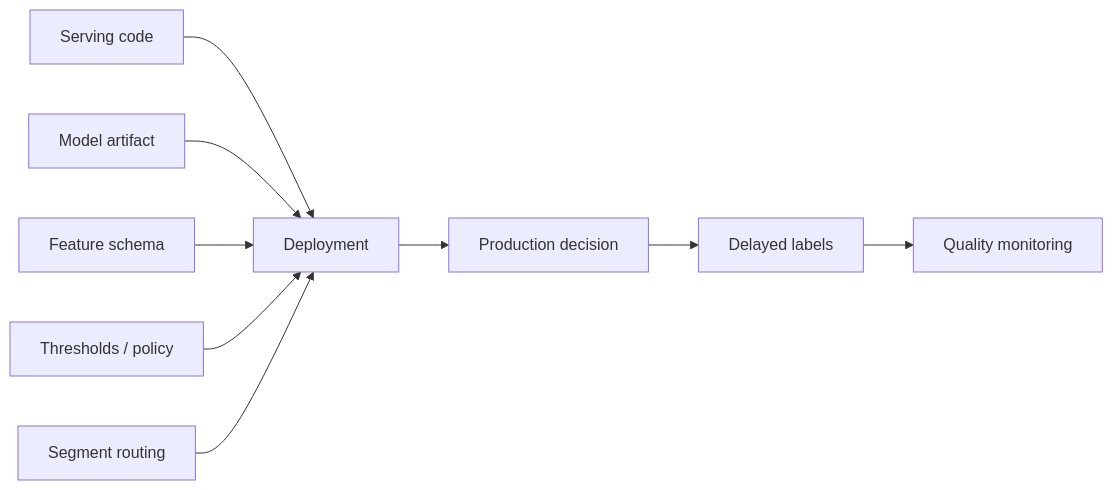
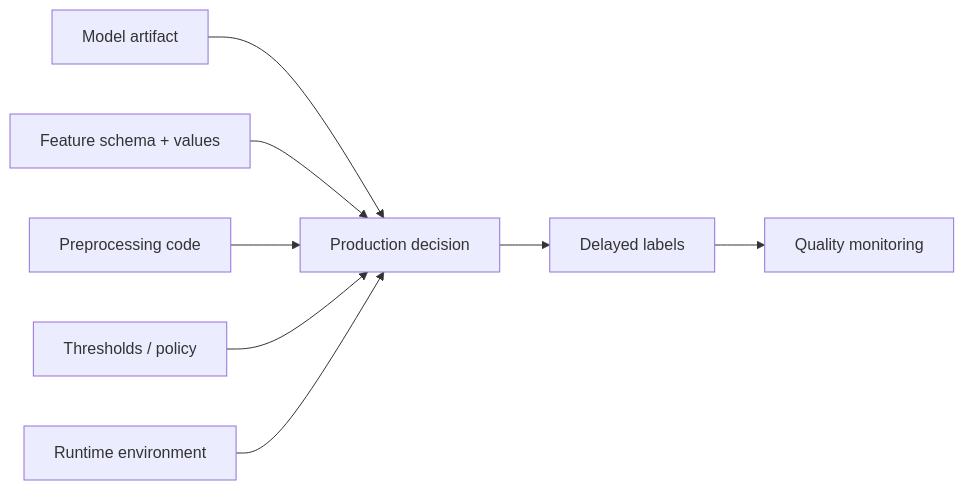
One commit to binarydevelop/system-design-patterns changed the first of 2 diagrams in 16-ml-systems/06-model-deployment-rollouts.md. Above: the diagram before and after it, drawn with Mermaid. The commit also changed other lines of this file and 5 other files, not shown here.

````diff
--- a/16-ml-systems/06-model-deployment-rollouts.md
+++ b/16-ml-systems/06-model-deployment-rollouts.md
@@ -21,11 +29,10 @@
 ```mermaid
 flowchart LR
-    CODE["Serving code"] --> DEPLOY["Deployment"]
-    MODEL["Model artifact"] --> DEPLOY
-    FEAT["Feature schema"] --> DEPLOY
-    THRESH["Thresholds / policy"] --> DEPLOY
-    SEG["Segment routing"] --> DEPLOY
-    DEPLOY --> DECISION["Production decision"]
+    MODEL["Model artifact"] --> DECISION["Production decision"]
+    FEAT["Feature schema + values"] --> DECISION
+    PREP["Preprocessing code"] --> DECISION
+    THRESH["Thresholds / policy"] --> DECISION
+    ENV["Runtime environment"] --> DECISION
     DECISION --> LABEL["Delayed labels"]
     LABEL --> MON["Quality monitoring"]
 ```
````
